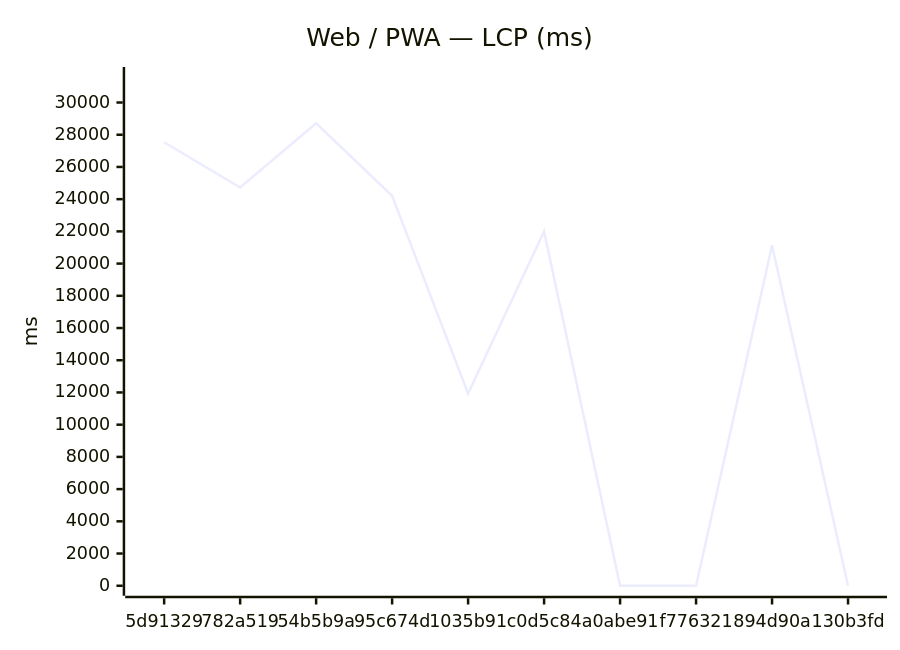
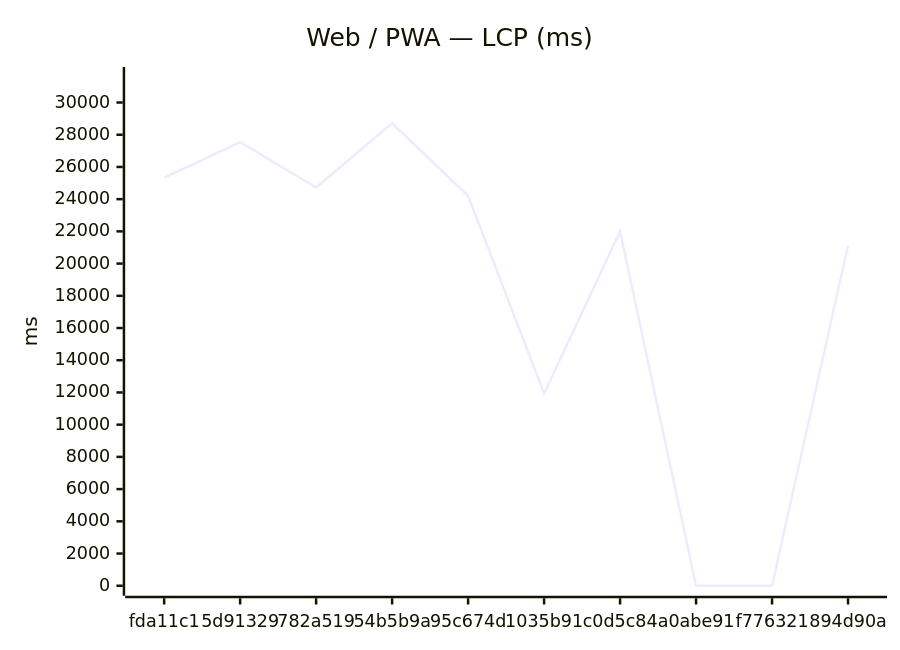
Before and after one commit to Metaheurist/Rianell: the first of 18 diagrams in benchmarks/compare.md, drawn with Mermaid. The commit also changed other lines of this file and 11 other files, not shown here.

````diff
--- a/benchmarks/compare.md
+++ b/benchmarks/compare.md
@@ -24,7 +24,7 @@
 ```mermaid
 xychart-beta
     title "Web / PWA — LCP (ms)"
-    x-axis ["5d91329", "782a519", "54b5b9a", "95c674d", "1035b91", "c0d5c84", "a0abe91", "f776321", "894d90a", "130b3fd"]
+    x-axis ["fda11c1", "5d91329", "782a519", "54b5b9a", "95c674d", "1035b91", "c0d5c84", "a0abe91", "f776321", "894d90a"]
     y-axis "ms" 0 --> 31584
-    line [27536, 24725, 28712, 24213, 11936, 21994, 0, 0, 21131, 0]
+    line [25329, 27536, 24725, 28712, 24213, 11936, 21994, 0, 0, 21131]
 ```
````
